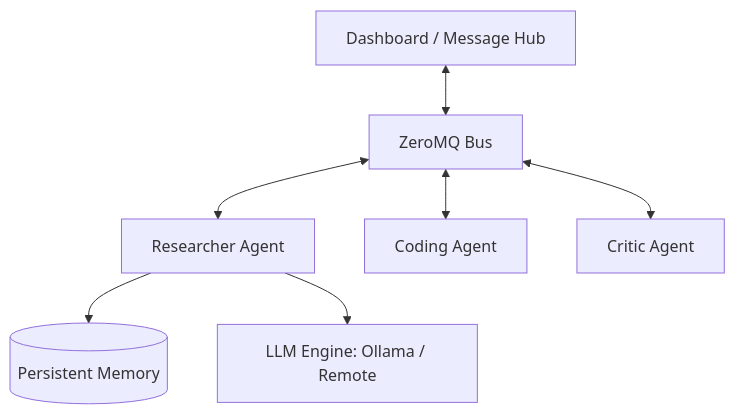
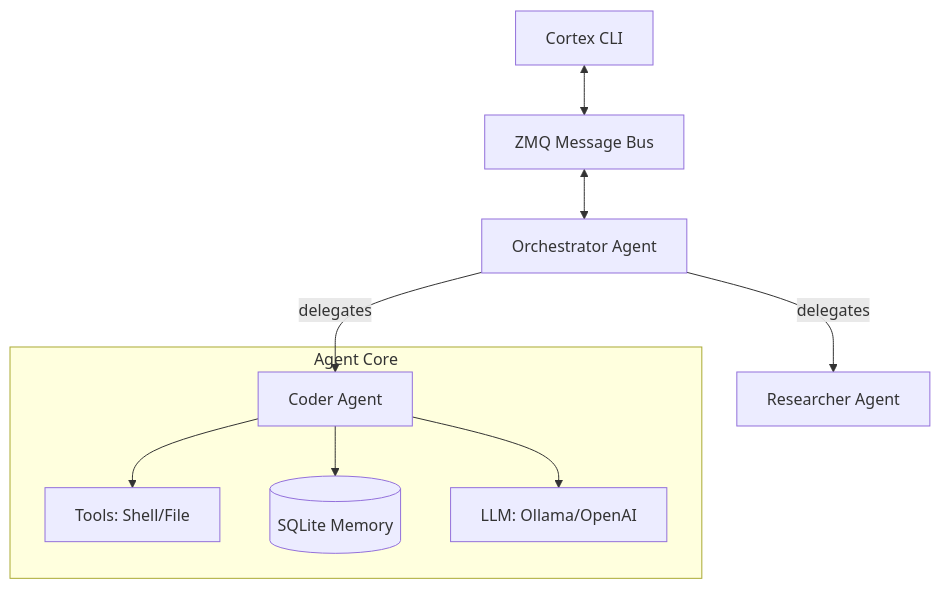
Before and after one commit to Sriyush/CortexCLI: the diagram in README.md, drawn with Mermaid. The commit also changed other lines of this file and 24 other files, not shown here.

````diff
--- a/README.md
+++ b/README.md
@@ -23,9 +52,13 @@
 ```mermaid
 graph TD
-    Dashboard[Dashboard / Message Hub] <--> ZMQ[ZeroMQ Bus]
-    ZMQ <--> Agent1[Researcher Agent]
-    ZMQ <--> Agent2[Coding Agent]
-    ZMQ <--> Agent3[Critic Agent]
-    Agent1 --> SQLite[(Persistent Memory)]
-    Agent1 --> LLM[LLM Engine: Ollama / Remote]
+    CLI[Cortex CLI] <--> Bus[ZMQ Message Bus]
+    Bus <--> Orchestrator[Orchestrator Agent]
+    Orchestrator -- delegates --> Coder[Coder Agent]
+    Orchestrator -- delegates --> Researcher[Researcher Agent]
+    
+    subgraph "Agent Core"
+        Coder --> Tools[Tools: Shell/File]
+        Coder --> Memory[(SQLite Memory)]
+        Coder --> LLM[LLM: Ollama/OpenAI]
+    end
 ```
````
